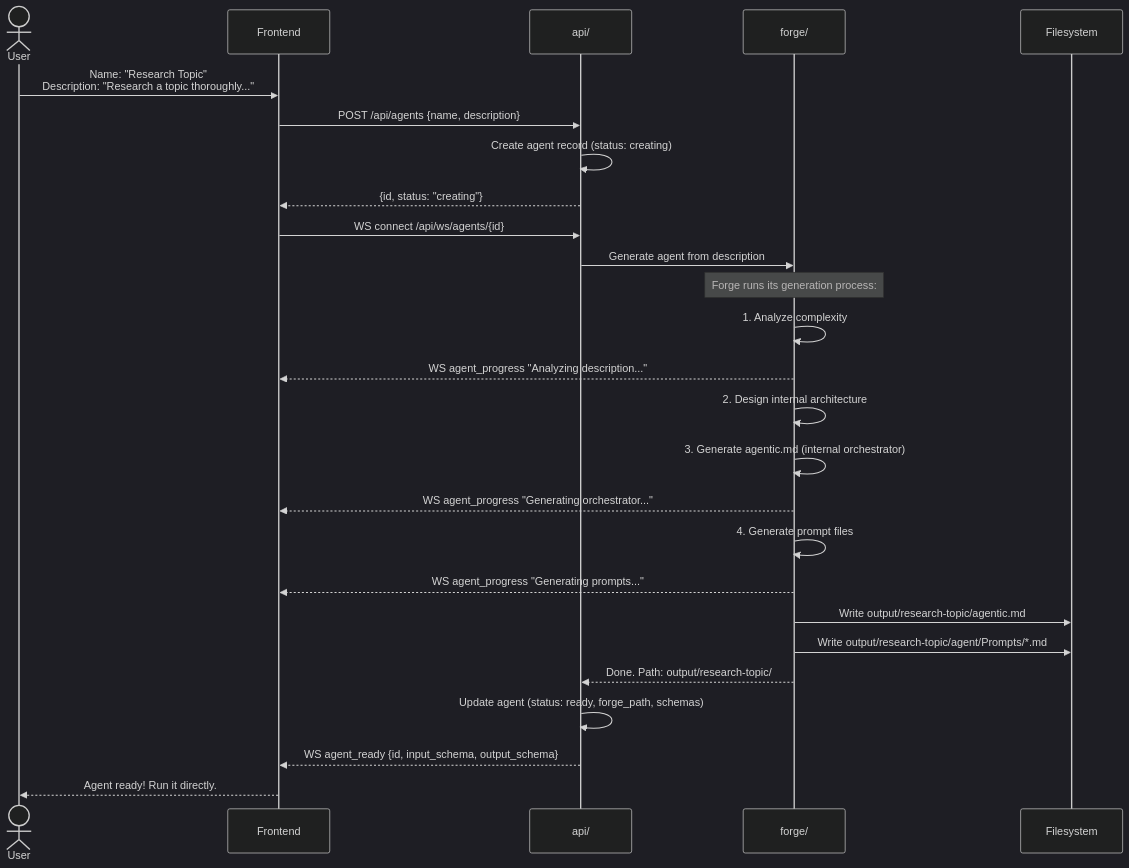
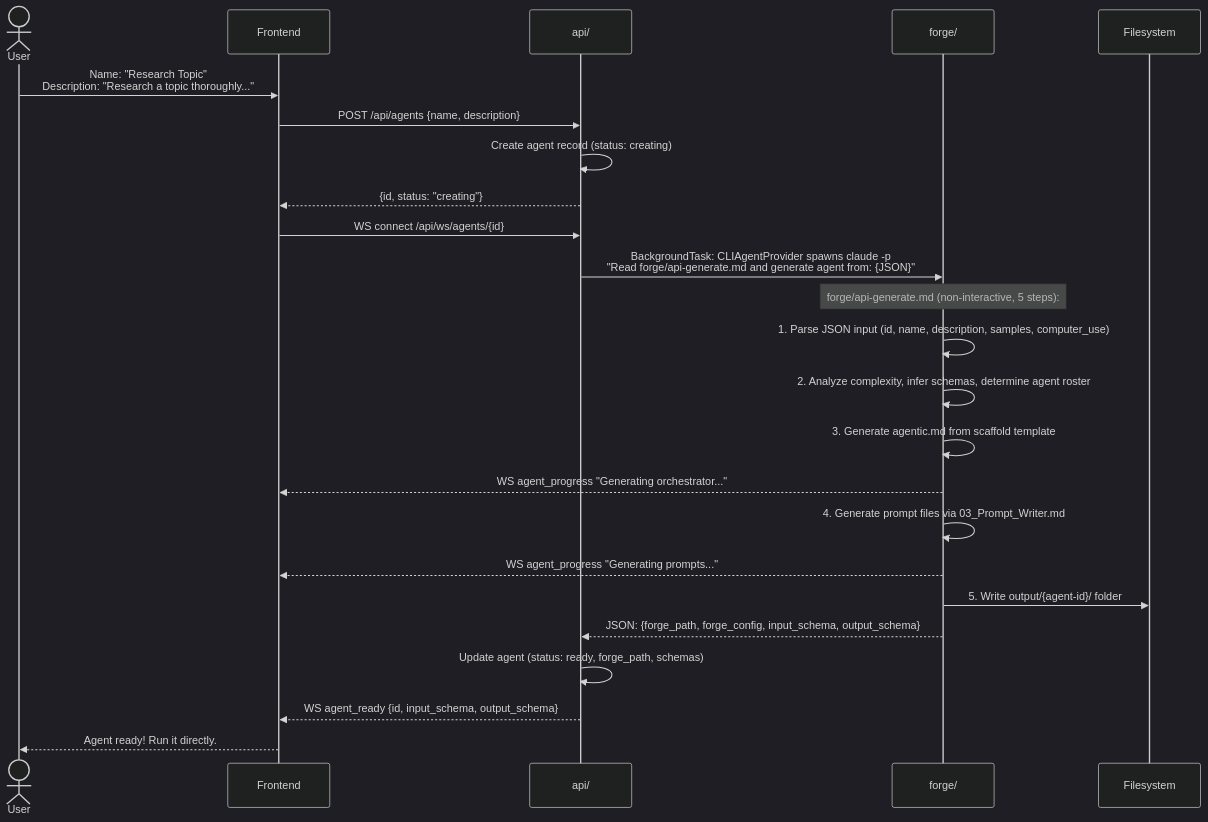
The seventh of 10 diagrams in api/docs/API_ARCHITECTURE.md (santiagomd11/Agent-Forge), drawn with Mermaid (dark theme) before and after one commit. The commit also changed other lines of this file and 16 other files, not shown here.

First line of the commit message:
Add forge API integration: agent service, run execution, ID-based folders, and delete cleanup

````diff
--- a/api/docs/API_ARCHITECTURE.md
+++ b/api/docs/API_ARCHITECTURE.md
@@ -698,31 +709,29 @@
 ```mermaid
 sequenceDiagram
     actor User
     participant FE as Frontend
     participant API as api/
     participant Forge as forge/
     participant FS as Filesystem
 
     User->>FE: Name: "Research Topic"<br/>Description: "Research a topic thoroughly..."
     FE->>API: POST /api/agents {name, description}
     API->>API: Create agent record (status: creating)
     API-->>FE: {id, status: "creating"}
     FE->>API: WS connect /api/ws/agents/{id}
 
-    API->>Forge: Generate agent from description
-    Note over Forge: Forge runs its generation process:
-    Forge->>Forge: 1. Analyze complexity
-    Forge-->>FE: WS agent_progress "Analyzing description..."
-    Forge->>Forge: 2. Design internal architecture
-    Forge->>Forge: 3. Generate agentic.md (internal orchestrator)
+    API->>Forge: BackgroundTask: CLIAgentProvider spawns claude -p<br/>"Read forge/api-generate.md and generate agent from: {JSON}"
+    Note over Forge: forge/api-generate.md (non-interactive, 5 steps):
+    Forge->>Forge: 1. Parse JSON input (id, name, description, samples, computer_use)
+    Forge->>Forge: 2. Analyze complexity, infer schemas, determine agent roster
+    Forge->>Forge: 3. Generate agentic.md from scaffold template
     Forge-->>FE: WS agent_progress "Generating orchestrator..."
-    Forge->>Forge: 4. Generate prompt files
+    Forge->>Forge: 4. Generate prompt files via 03_Prompt_Writer.md
     Forge-->>FE: WS agent_progress "Generating prompts..."
-    Forge->>FS: Write output/research-topic/agentic.md
-    Forge->>FS: Write output/research-topic/agent/Prompts/*.md
-    Forge-->>API: Done. Path: output/research-topic/
+    Forge->>FS: 5. Write output/{agent-id}/ folder
+    Forge-->>API: JSON: {forge_path, forge_config, input_schema, output_schema}
 
     API->>API: Update agent (status: ready, forge_path, schemas)
     API-->>FE: WS agent_ready {id, input_schema, output_schema}
     FE-->>User: Agent ready! Run it directly.
 ```
````
